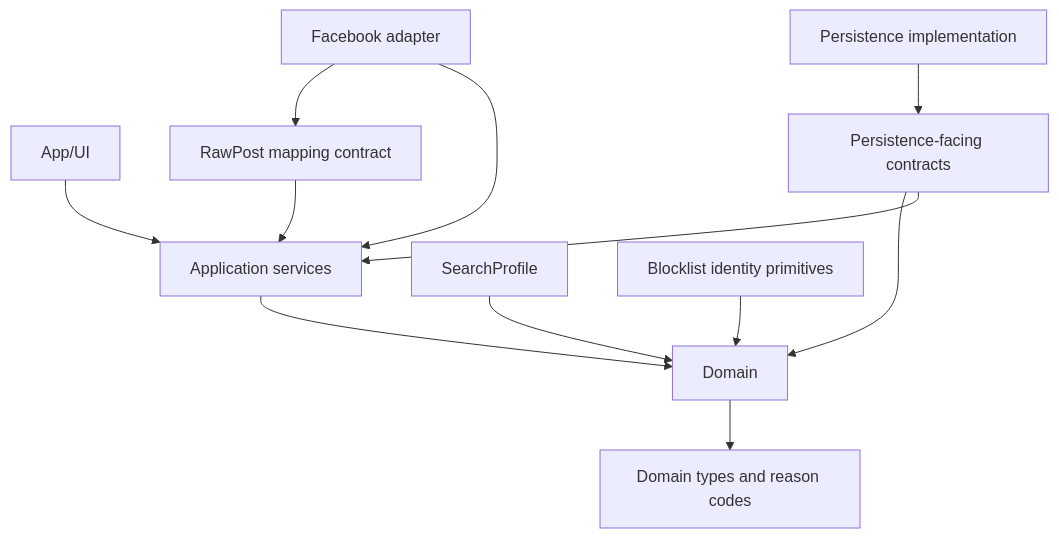
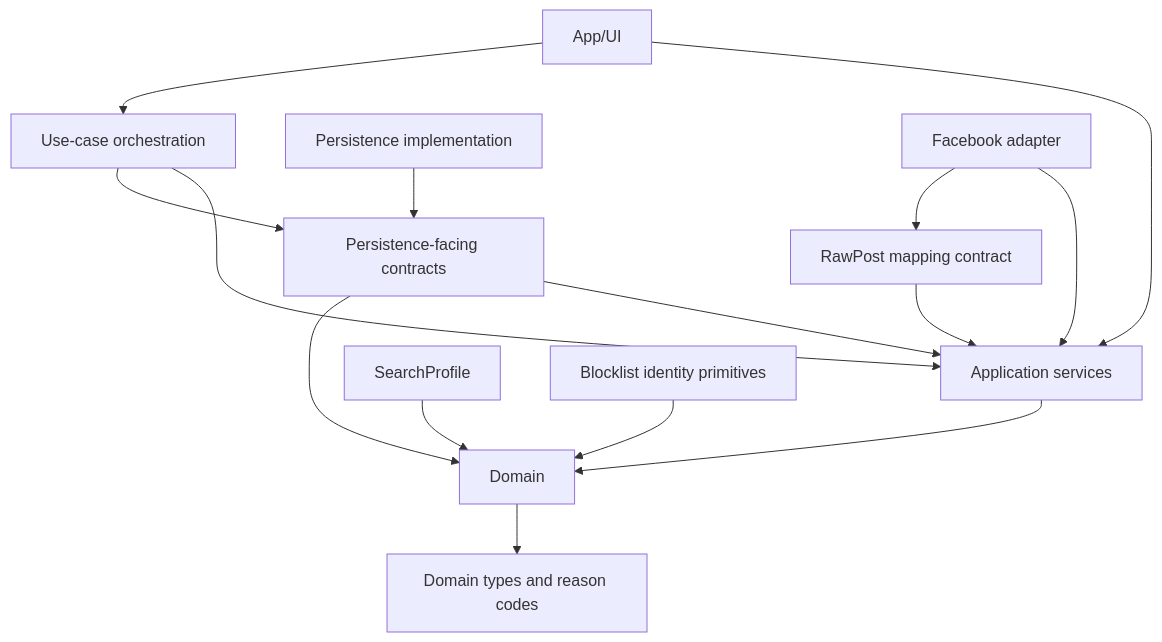
Before and after one commit to soleda2026/ScanFB: the diagram in docs/CODE_GRAPH.md, drawn with Mermaid. The commit also changed other lines of this file and 8 other files, not shown here.

Commit message:
feat(orchestration): add run-and-save scan batch use case

````diff
--- a/docs/CODE_GRAPH.md
+++ b/docs/CODE_GRAPH.md
@@ -7,14 +7,17 @@
 ```mermaid
 flowchart TD
     UI["App/UI"] --> APP["Application services"]
+    UI --> ORCH["Use-case orchestration"]
+    ORCH --> APP
+    ORCH --> PERSIST_CONTRACT
     APP --> DOMAIN["Domain"]
     PERSIST_CONTRACT["Persistence-facing contracts"] --> APP
     PERSIST_CONTRACT --> DOMAIN
     PERSIST_IMPL["Persistence implementation"] --> PERSIST_CONTRACT
     FB["Facebook adapter"] --> APP
     FB --> RAW["RawPost mapping contract"]
     RAW --> APP
     PROFILE["SearchProfile"] --> DOMAIN
     DOMAIN --> TYPES["Domain types and reason codes"]
     BLOCKLIST["Blocklist identity primitives"] --> DOMAIN
 ```
````
